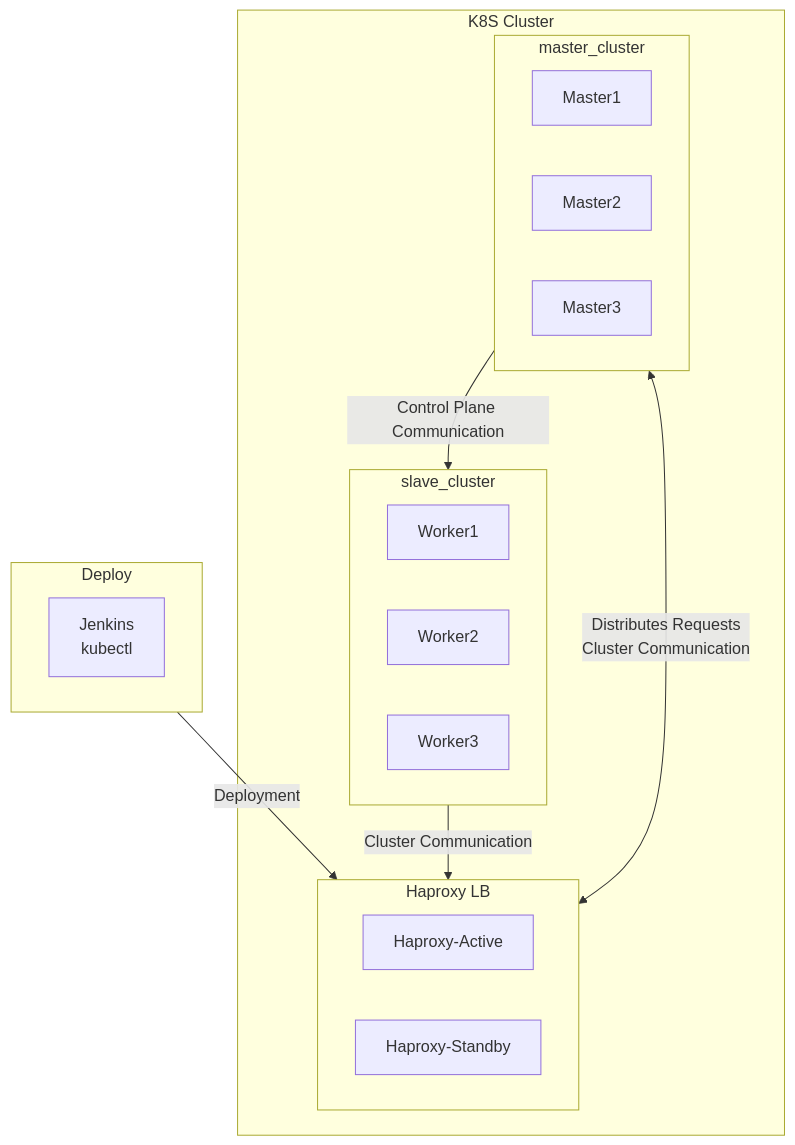
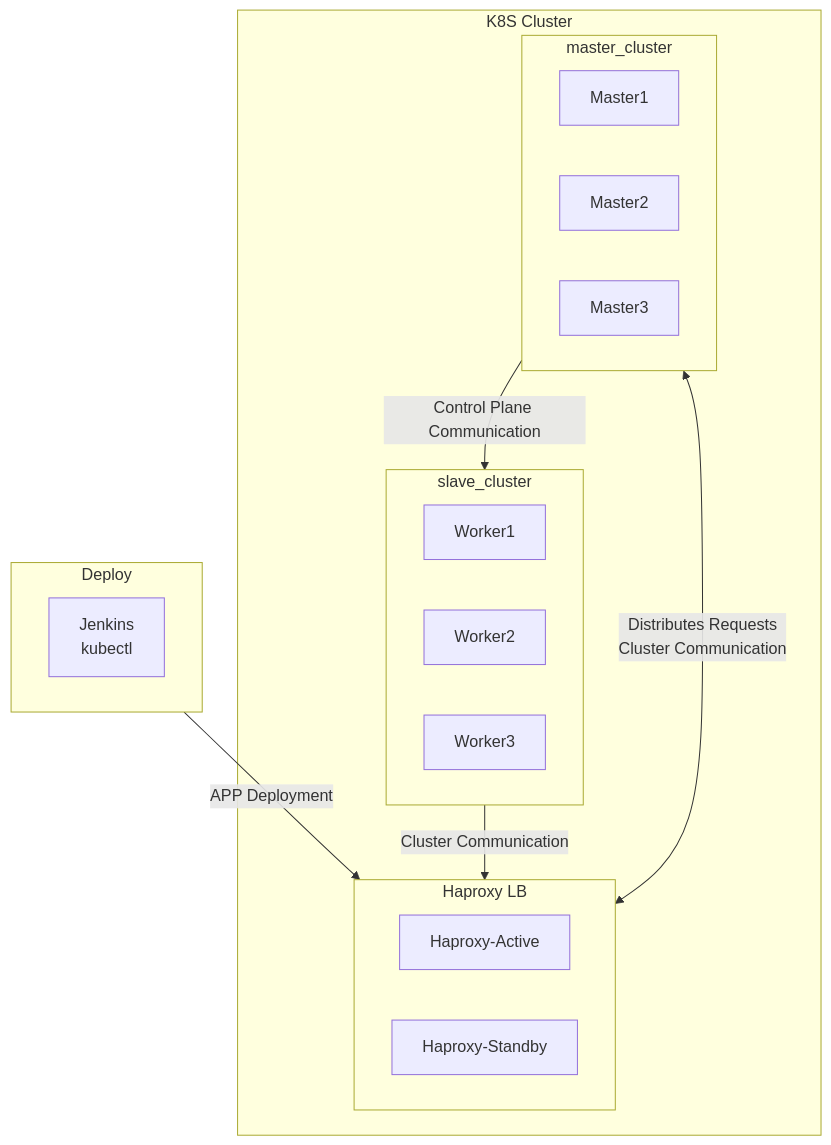
The diagram in rocky9/k8s/README.md (QubitSecurity/howto), drawn with Mermaid before and after one commit.

````diff
--- a/rocky9/k8s/README.md
+++ b/rocky9/k8s/README.md
@@ -200,28 +200,28 @@
 ```mermaid
 graph TD
     subgraph "Deploy"
         Jenkins[Jenkins<br>kubectl]
     end
 
     subgraph K8s[K8S Cluster]
         subgraph master[master_cluster]
             Master1
             Master2
             Master3
         end
         subgraph slave[slave_cluster]
             Worker1
             Worker2
             Worker3
         end
         subgraph Haproxy[Haproxy LB]
             Haproxy1[Haproxy-Active]
             Haproxy2[Haproxy-Standby]
         end
     end
 
-Deploy --Deployment--> Haproxy
+Deploy --APP Deployment--> Haproxy
 slave --Cluster Communication--> Haproxy
 master <--Distributes Requests <br> Cluster Communication--> Haproxy
-master --Control Plane Communication--> slave
+master --Control Plane Communication --> slave
 ```
````
